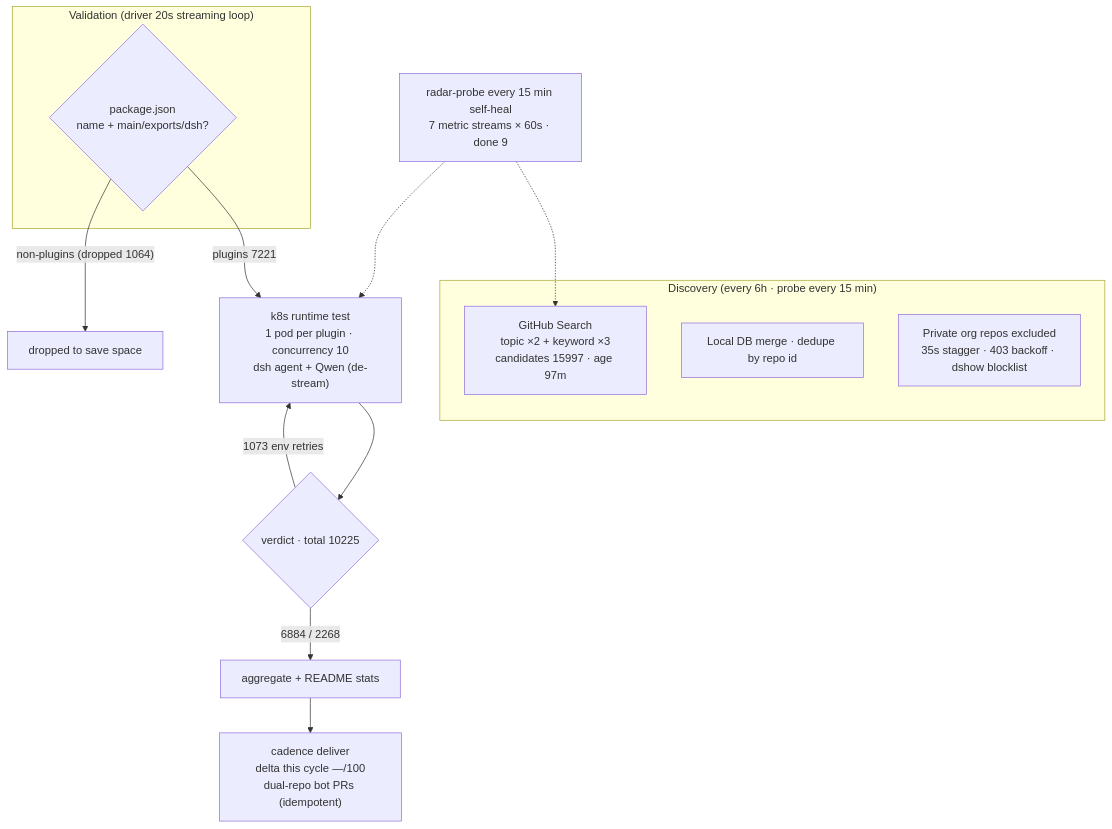
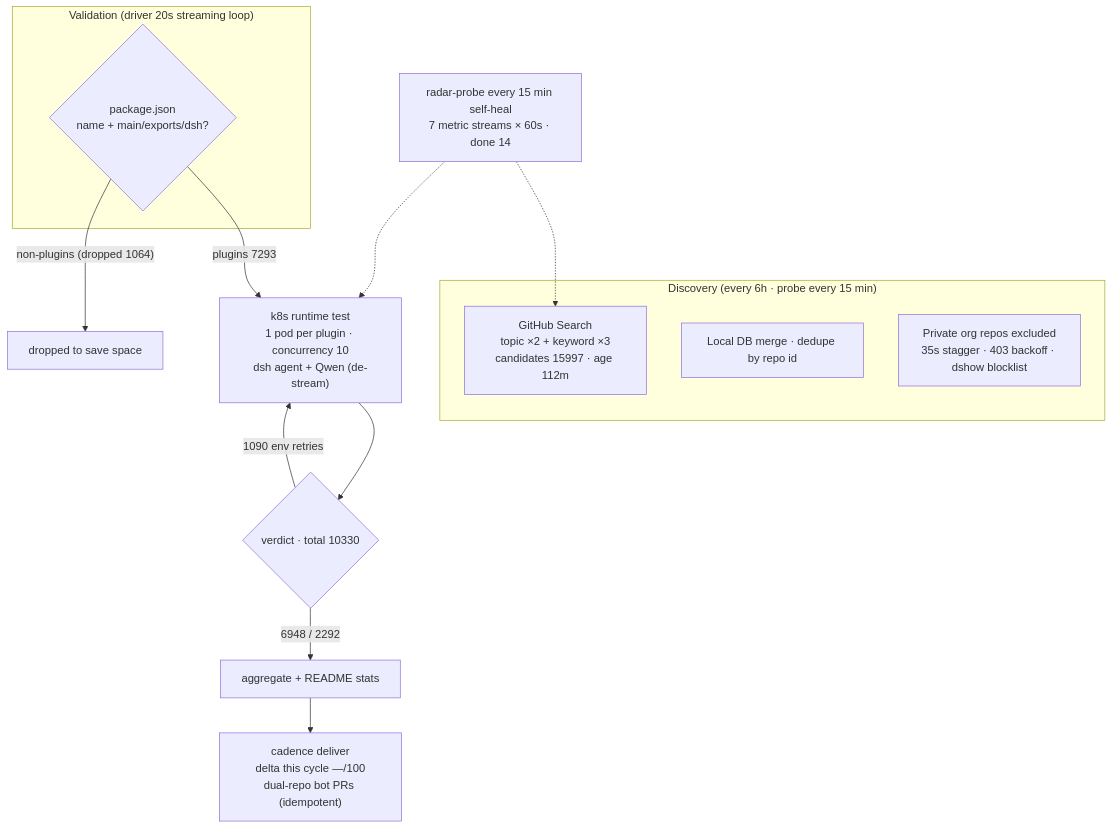
One commit to AdamPlatin123/awesome-dsh-plugins changed the diagram in README.en-US.md. Above: the diagram before and after it, drawn with Mermaid. The commit also changed other lines of this file and 4 other files, not shown here.

````diff
--- a/README.en-US.md
+++ b/README.en-US.md
@@ -45,20 +45,20 @@
 ```mermaid
 flowchart TB
     subgraph Discovery["Discovery (every 6h · probe every 15 min)"]
-        A1["GitHub Search<br/>topic ×2 + keyword ×3<br/>candidates 15997 · age 97m"]
+        A1["GitHub Search<br/>topic ×2 + keyword ×3<br/>candidates 15997 · age 112m"]
         A2["Local DB merge · dedupe by repo id"]
         A3["Private org repos excluded<br/>35s stagger · 403 backoff · dshow blocklist"]
     end
     subgraph Validation["Validation (driver 20s streaming loop)"]
         B1{"package.json<br/>name + main/exports/dsh?"}
     end
-    B1 -->|"plugins 7221"| C1["k8s runtime test<br/>1 pod per plugin · concurrency 10<br/>dsh agent + Qwen (de-stream)"]
+    B1 -->|"plugins 7293"| C1["k8s runtime test<br/>1 pod per plugin · concurrency 10<br/>dsh agent + Qwen (de-stream)"]
     B1 -->|"non-plugins (dropped 1064)"| B3["dropped to save space"]
-    C1 --> D1{"verdict · total 10225"}
-    D1 -->|"6884 / 2268"| E1["aggregate + README stats"]
-    D1 -->|"1073 env retries"| C1
+    C1 --> D1{"verdict · total 10330"}
+    D1 -->|"6948 / 2292"| E1["aggregate + README stats"]
+    D1 -->|"1090 env retries"| C1
     E1 --> E2["cadence deliver<br/>delta this cycle —/100<br/>dual-repo bot PRs (idempotent)"]
-    M["radar-probe every 15 min self-heal<br/>7 metric streams × 60s · done 9"]
+    M["radar-probe every 15 min self-heal<br/>7 metric streams × 60s · done 14"]
     M -.-> A1
     M -.-> C1
 ```
````
